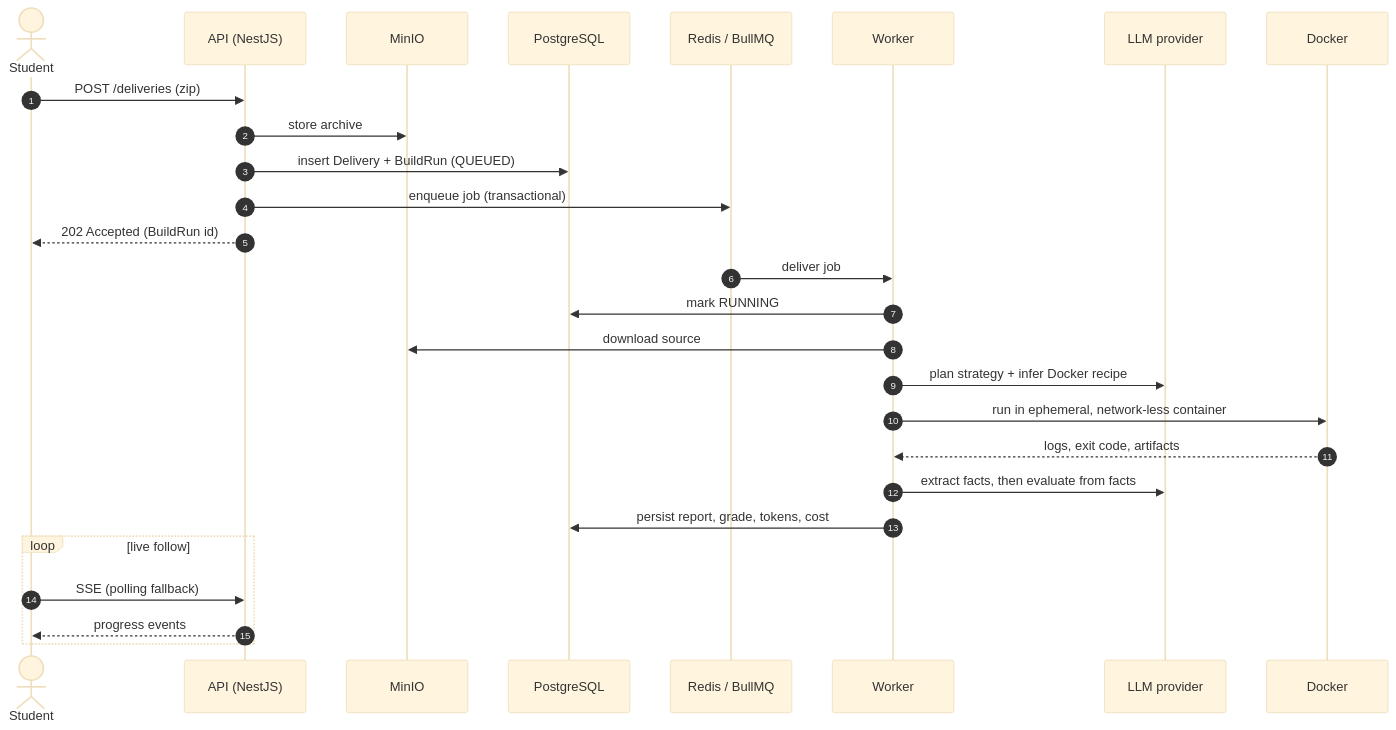
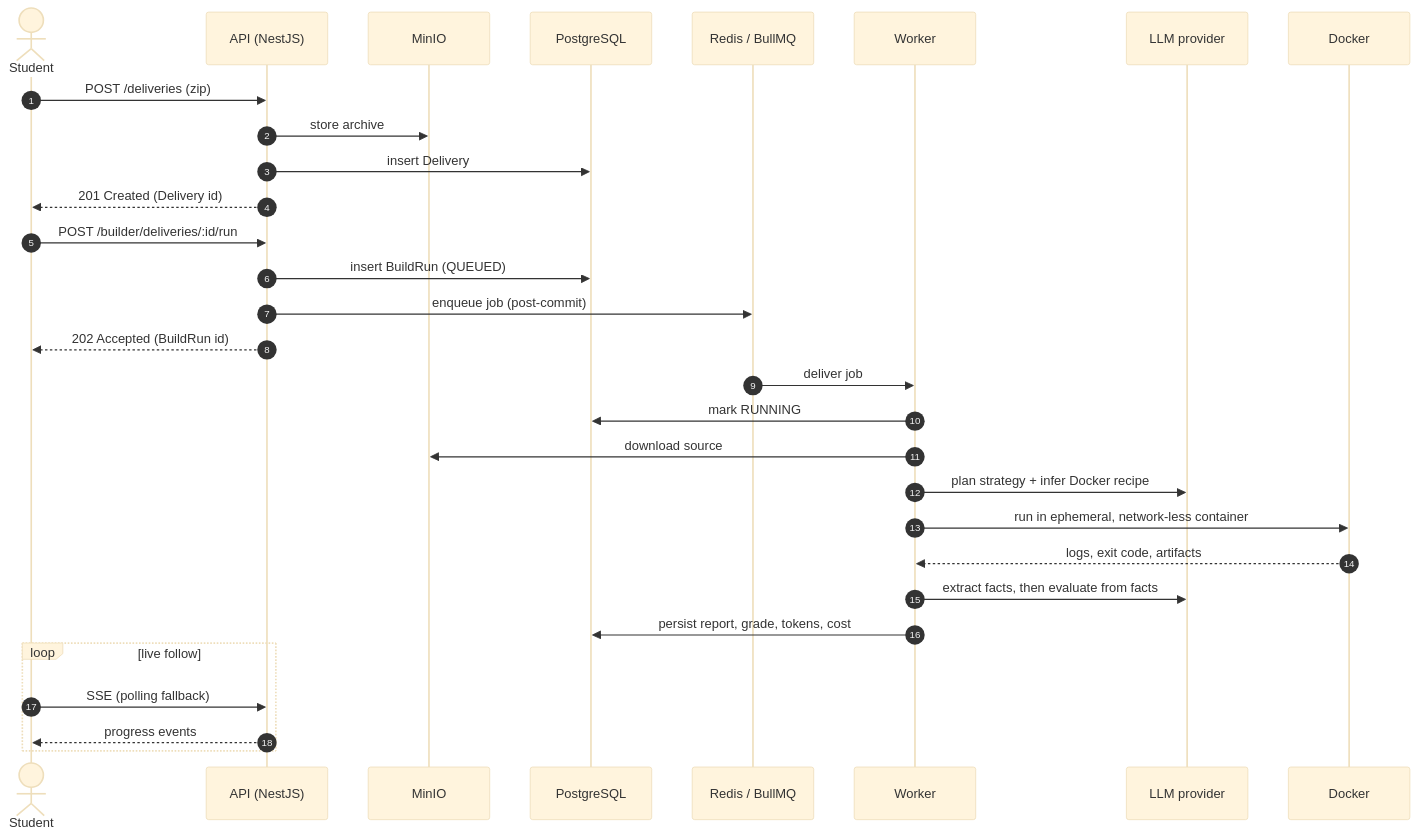
One commit to agu-aariza/DockUS changed the second of 3 diagrams in ARCHITECTURE.md. Above: the diagram before and after it, drawn with Mermaid (base theme). The commit also changed other lines of this file and 3 other files, not shown here.

Commit message:
chore: update root config, CI workflows and architecture docs

````diff
--- a/ARCHITECTURE.md
+++ b/ARCHITECTURE.md
@@ -76,32 +76,36 @@
 ```mermaid
 sequenceDiagram
     autonumber
     actor S as Student
     participant API as API (NestJS)
     participant S3 as MinIO
     participant DB as PostgreSQL
     participant Q as Redis / BullMQ
     participant W as Worker
     participant LLM as LLM provider
     participant D as Docker
 
     S->>API: POST /deliveries (zip)
     API->>S3: store archive
-    API->>DB: insert Delivery + BuildRun (QUEUED)
-    API->>Q: enqueue job (transactional)
+    API->>DB: insert Delivery
+    API-->>S: 201 Created (Delivery id)
+
+    S->>API: POST /builder/deliveries/:id/run
+    API->>DB: insert BuildRun (QUEUED)
+    API->>Q: enqueue job (post-commit)
     API-->>S: 202 Accepted (BuildRun id)
 
     Q->>W: deliver job
     W->>DB: mark RUNNING
     W->>S3: download source
     W->>LLM: plan strategy + infer Docker recipe
     W->>D: run in ephemeral, network-less container
     D-->>W: logs, exit code, artifacts
     W->>LLM: extract facts, then evaluate from facts
     W->>DB: persist report, grade, tokens, cost
 
     loop live follow
         S->>API: SSE (polling fallback)
         API-->>S: progress events
     end
 ```
````
